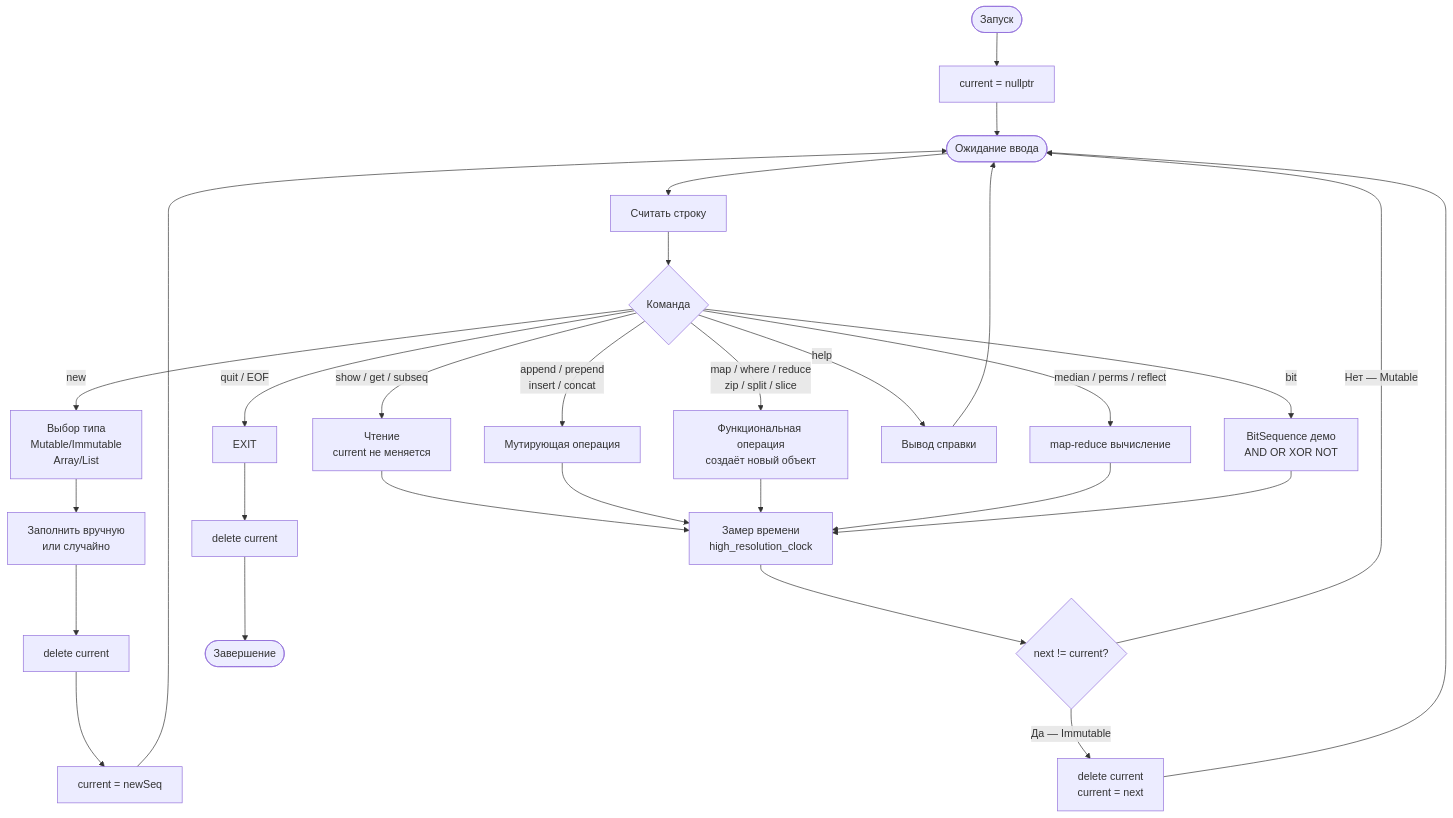
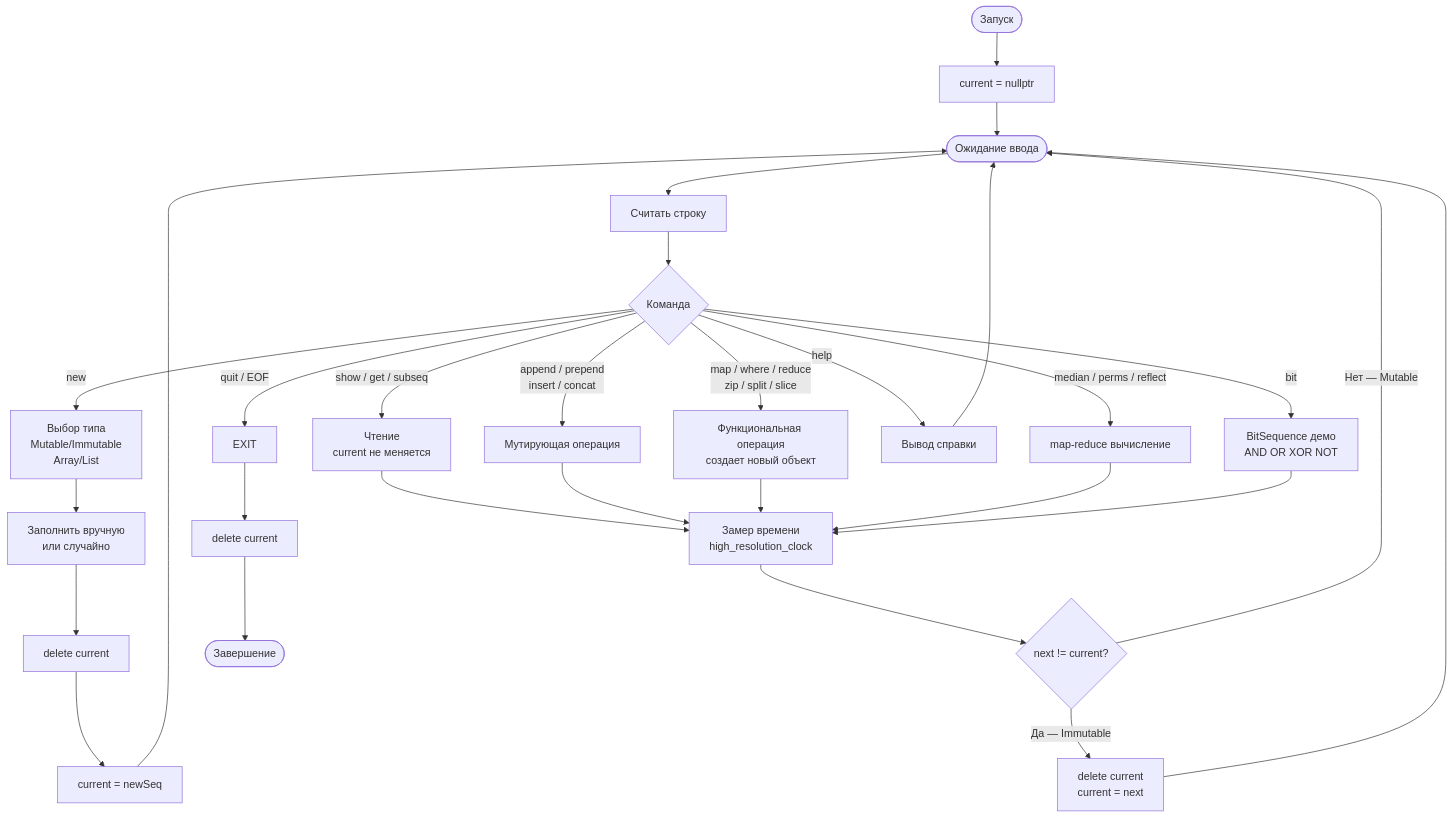
The fourth of 4 diagrams in README.md (VenEraBle842/ADTLinearOrganization), drawn with Mermaid before and after one commit. The commit also changed other lines of this file, not shown here.

````diff
--- a/README.md
+++ b/README.md
@@ -283,37 +295,37 @@
 ```mermaid
 flowchart TD
     START([Запуск]) --> INIT[current = nullptr]
     INIT --> LOOP
 
     LOOP([Ожидание ввода]) --> READ[Считать строку]
     READ --> PARSE{Команда}
 
     PARSE -->|new| NEW["Выбор типа<br/>Mutable/Immutable<br/>Array/List"]
     NEW --> FILL["Заполнить вручную<br/>или случайно"]
     FILL --> DEL_OLD[delete current]
     DEL_OLD --> SET[current = newSeq]
     SET --> LOOP
 
     PARSE -->|"show / get / subseq"| RD_OP["Чтение<br/>current не меняется"]
     PARSE -->|"append / prepend<br/>insert / concat"| MUT_OP[Мутирующая операция]
-    PARSE -->|"map / where / reduce<br/>zip / split / slice"| FN_OP["Функциональная операция<br/>создаёт новый объект"]
+    PARSE -->|"map / where / reduce<br/>zip / split / slice"| FN_OP["Функциональная операция<br/>создает новый объект"]
     PARSE -->|"median / perms / reflect"| CALC[map-reduce вычисление]
     PARSE -->|bit| BIT["BitSequence демо<br/>AND OR XOR NOT"]
     PARSE -->|help| HELP[Вывод справки]
     PARSE -->|"quit / EOF"| EXIT
 
     RD_OP  --> TIMER["Замер времени<br/>high_resolution_clock"]
     MUT_OP --> TIMER
     FN_OP  --> TIMER
     CALC   --> TIMER
     BIT    --> TIMER
 
     TIMER --> CHK{"next != current?"}
     CHK -->|"Нет — Mutable"| LOOP
     CHK -->|"Да — Immutable"| SWAP["delete current<br/>current = next"]
     SWAP --> LOOP
 
     HELP --> LOOP
     EXIT --> CLEANUP[delete current]
     CLEANUP --> END([Завершение])
 ```
````
